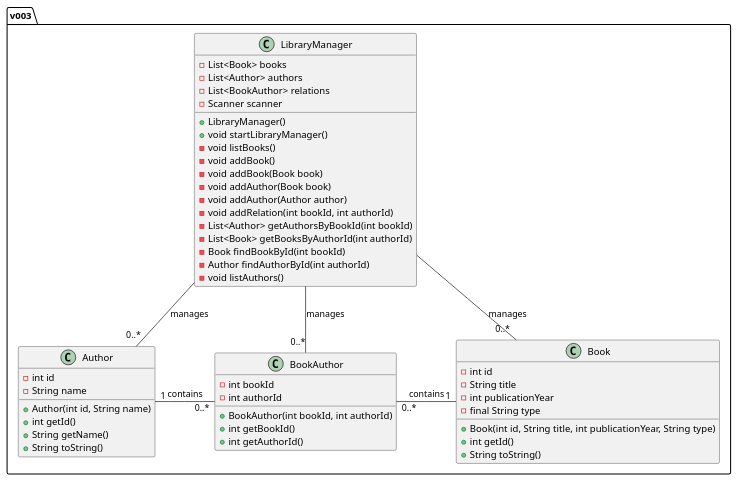
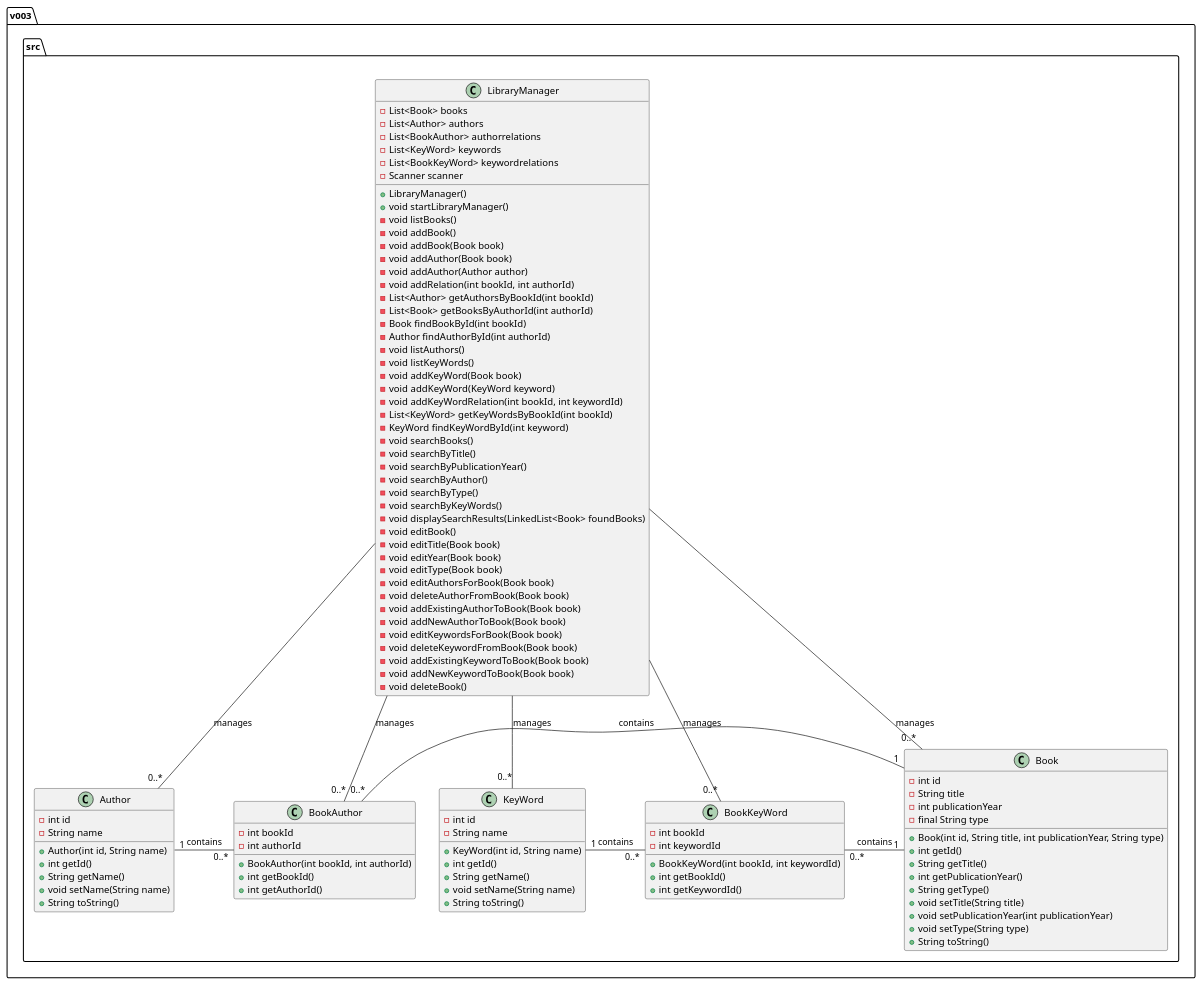
The diagram in entregas/ExamenParcial/v003/src/modelo.puml (mmasias/23-24-eda2-ep), drawn with PlantUML before and after one commit. The commit also changed 2 other files, not shown here.

Commit message:
README and UML model updated

```diff
--- a/entregas/ExamenParcial/v003/src/modelo.puml
+++ b/entregas/ExamenParcial/v003/src/modelo.puml
@@ -1,58 +1,115 @@
 @startuml
-package v003 {
-
-    class Book {
-        -int id
-        -String title
-        -int publicationYear
-        -final String type
-        +Book(int id, String title, int publicationYear, String type)
-        +int getId()
-        +String toString()
-    }
-
-    class Author {
-        -int id
-        -String name
-        +Author(int id, String name)
-        +int getId()
-        +String getName()
-        +String toString()
-    }
-
-    class BookAuthor {
-        -int bookId
-        -int authorId
-        +BookAuthor(int bookId, int authorId)
-        +int getBookId()
-        +int getAuthorId()
-    }
+package v003.src {
 
     class LibraryManager {
         -List<Book> books
         -List<Author> authors
-        -List<BookAuthor> relations
+        -List<BookAuthor> authorrelations
+        -List<KeyWord> keywords
+        -List<BookKeyWord> keywordrelations
         -Scanner scanner
         +LibraryManager()
         +void startLibraryManager()
         -void listBooks()
         -void addBook()
         -void addBook(Book book)
         -void addAuthor(Book book)
         -void addAuthor(Author author)
         -void addRelation(int bookId, int authorId)
         -List<Author> getAuthorsByBookId(int bookId)
         -List<Book> getBooksByAuthorId(int authorId)
         -Book findBookById(int bookId)
         -Author findAuthorById(int authorId)
         -void listAuthors()
+        -void listKeyWords()
+        -void addKeyWord(Book book)
+        -void addKeyWord(KeyWord keyword)
+        -void addKeyWordRelation(int bookId, int keywordId)
+        -List<KeyWord> getKeyWordsByBookId(int bookId)
+        -KeyWord findKeyWordById(int keyword)
+        -void searchBooks()
+        -void searchByTitle()
+        -void searchByPublicationYear()
+        -void searchByAuthor()
+        -void searchByType()
+        -void searchByKeyWords()
+        -void displaySearchResults(LinkedList<Book> foundBooks)
+        -void editBook()
+        -void editTitle(Book book)
+        -void editYear(Book book)
+        -void editType(Book book)
+        -void editAuthorsForBook(Book book)
+        -void deleteAuthorFromBook(Book book)
+        -void addExistingAuthorToBook(Book book)
+        -void addNewAuthorToBook(Book book)
+        -void editKeywordsForBook(Book book)
+        -void deleteKeywordFromBook(Book book)
+        -void addExistingKeywordToBook(Book book)
+        -void addNewKeywordToBook(Book book)
+        -void deleteBook()
+    }
+
+    class Author {
+        -int id
+        -String name
+        +Author(int id, String name)
+        +int getId()
+        +String getName()
+        +void setName(String name)
+        +String toString()
+    }
+
+    class Book {
+        -int id
+        -String title
+        -int publicationYear
+        -final String type
+        +Book(int id, String title, int publicationYear, String type)
+        +int getId()
+        +String getTitle()
+        +int getPublicationYear()
+        +String getType()
+        +void setTitle(String title)
+        +void setPublicationYear(int publicationYear)
+        +void setType(String type)
+        +String toString()
+    }
+
+    class BookAuthor {
+        -int bookId
+        -int authorId
+        +BookAuthor(int bookId, int authorId)
+        +int getBookId()
+        +int getAuthorId()
+    }
+
+    class KeyWord {
+        -int id
+        -String name
+        +KeyWord(int id, String name)
+        +int getId()
+        +String getName()
+        +void setName(String name)
+        +String toString()
+    }
+
+    class BookKeyWord {
+        -int bookId
+        -int keywordId
+        +BookKeyWord(int bookId, int keywordId)
+        +int getBookId()
+        +int getKeywordId()
     }
 
     LibraryManager -- "0..*" Book : manages
     LibraryManager -- "0..*" Author : manages
     LibraryManager -- "0..*" BookAuthor : manages
+    LibraryManager -- "0..*" KeyWord : manages
+    LibraryManager -- "0..*" BookKeyWord : manages
     Book "1" -l- "0..*" BookAuthor : contains
     Author "1" --r- "0..*" BookAuthor : contains
+    Book "1" -l- "0..*" BookKeyWord : contains
+    KeyWord "1" --r- "0..*" BookKeyWord : contains
 
 }
 @enduml
```
